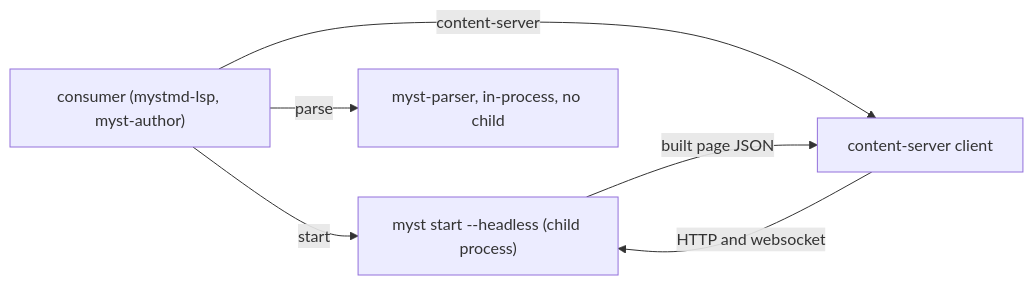
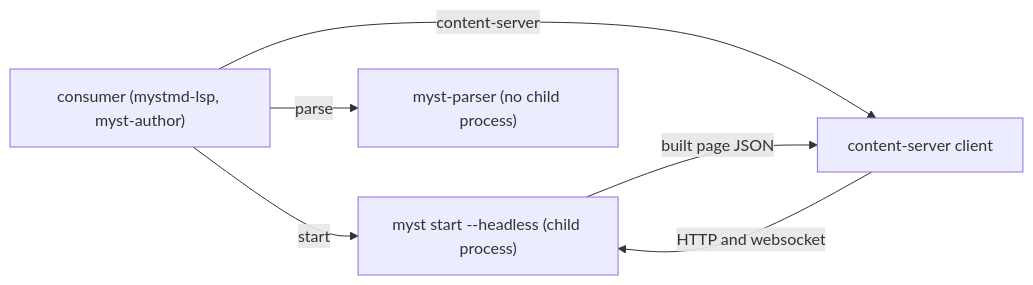
One commit to choldgraf/mystmd-client changed the diagram in README.md. Above: the diagram before and after it, drawn with Mermaid. The commit also changed other lines of this file and 3 other files, not shown here.

````diff
--- a/README.md
+++ b/README.md
@@ -34,9 +36,9 @@
 ```mermaid
 flowchart LR
   consumer["consumer (mystmd-lsp, myst-author)"]
   consumer -->|start| child["myst start --headless (child process)"]
   consumer -->|content-server| client["content-server client"]
   client -->|"HTTP and websocket"| child
   child -->|"built page JSON"| client
-  consumer -->|parse| parser["myst-parser, in-process, no child"]
+  consumer -->|parse| parser["myst-parser (no child process)"]
 ```
````
